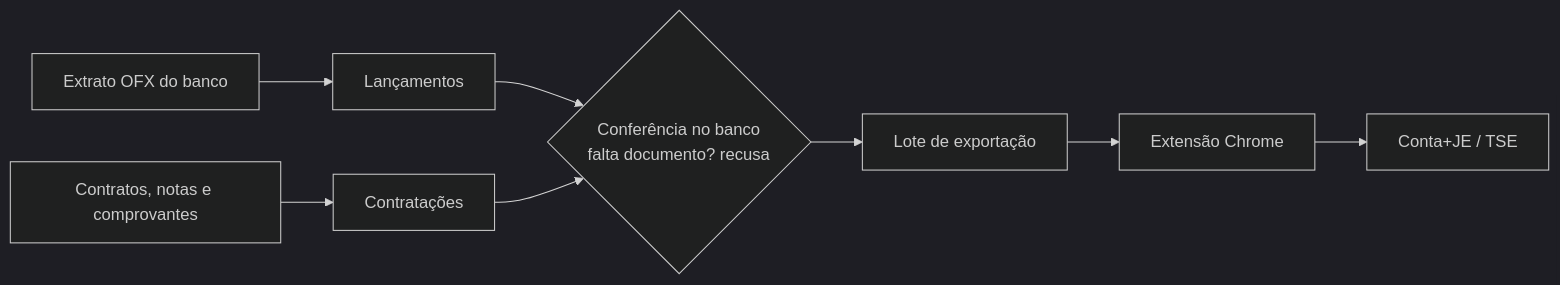
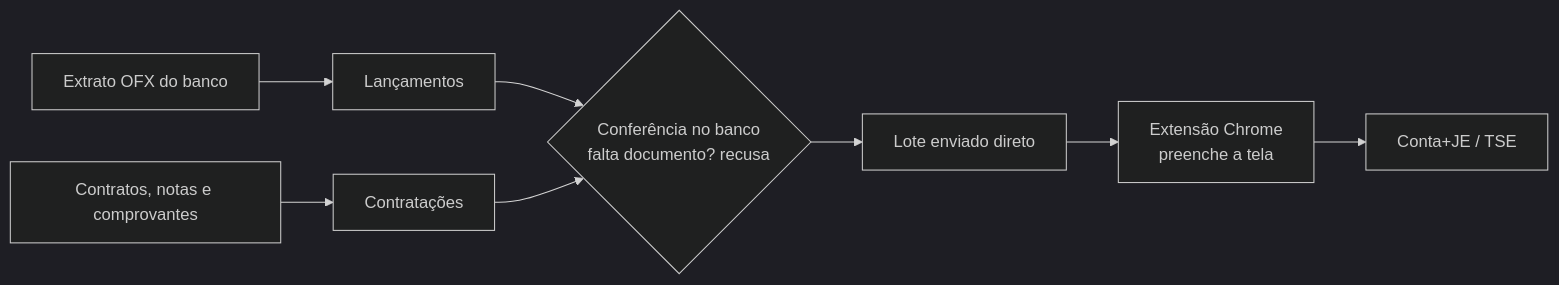
Before and after one commit to rSaintH/rSaintH: the diagram in casos/prestacao-de-contas.md, drawn with Mermaid (dark theme). The commit also changed other lines of this file, not shown here.

Commit message:
Prestação de contas: explica como a extensão recebe e lança

````diff
--- a/casos/prestacao-de-contas.md
+++ b/casos/prestacao-de-contas.md
@@ -47,10 +49,10 @@
 ```mermaid
 flowchart LR
   A[Extrato OFX do banco] --> B[Lançamentos]
   C[Contratos, notas e comprovantes] --> D[Contratações]
   B --> E{Conferência no banco<br/>falta documento? recusa}
   D --> E
-  E --> F[Lote de exportação]
-  F --> G[Extensão Chrome]
+  E --> F[Lote enviado direto]
+  F --> G[Extensão Chrome<br/>preenche a tela]
   G --> H[Conta+JE / TSE]
 ```
````
